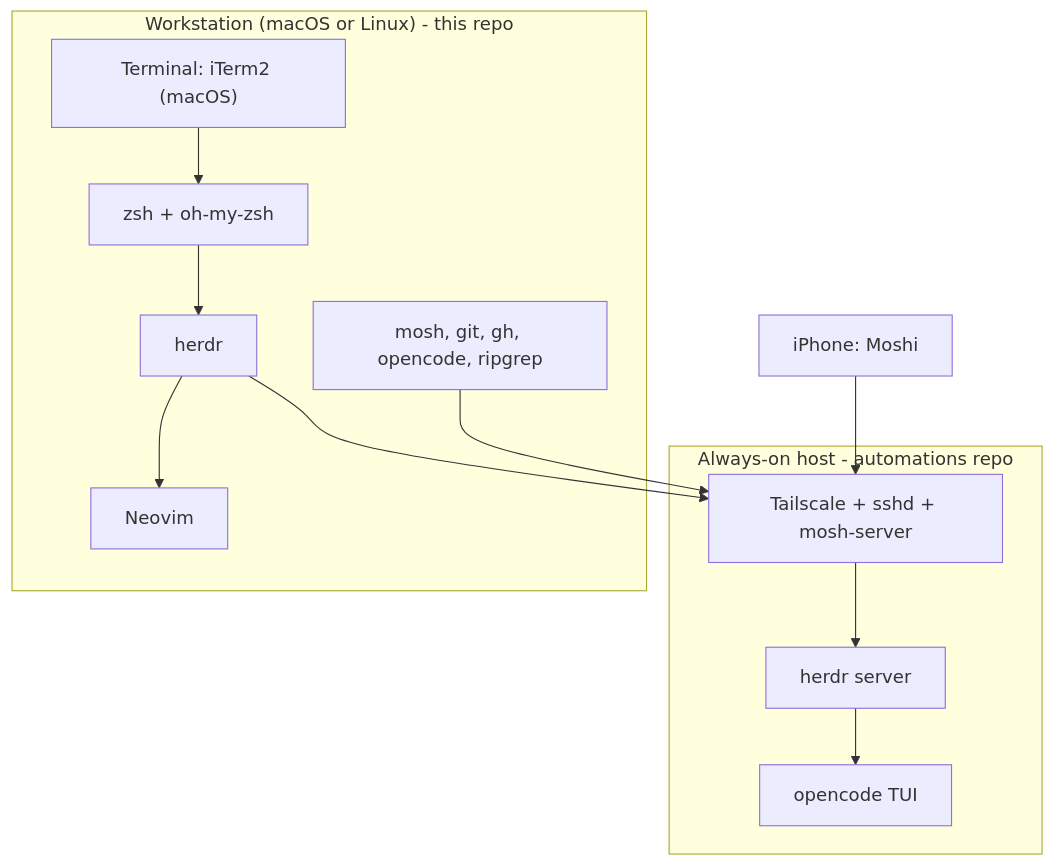
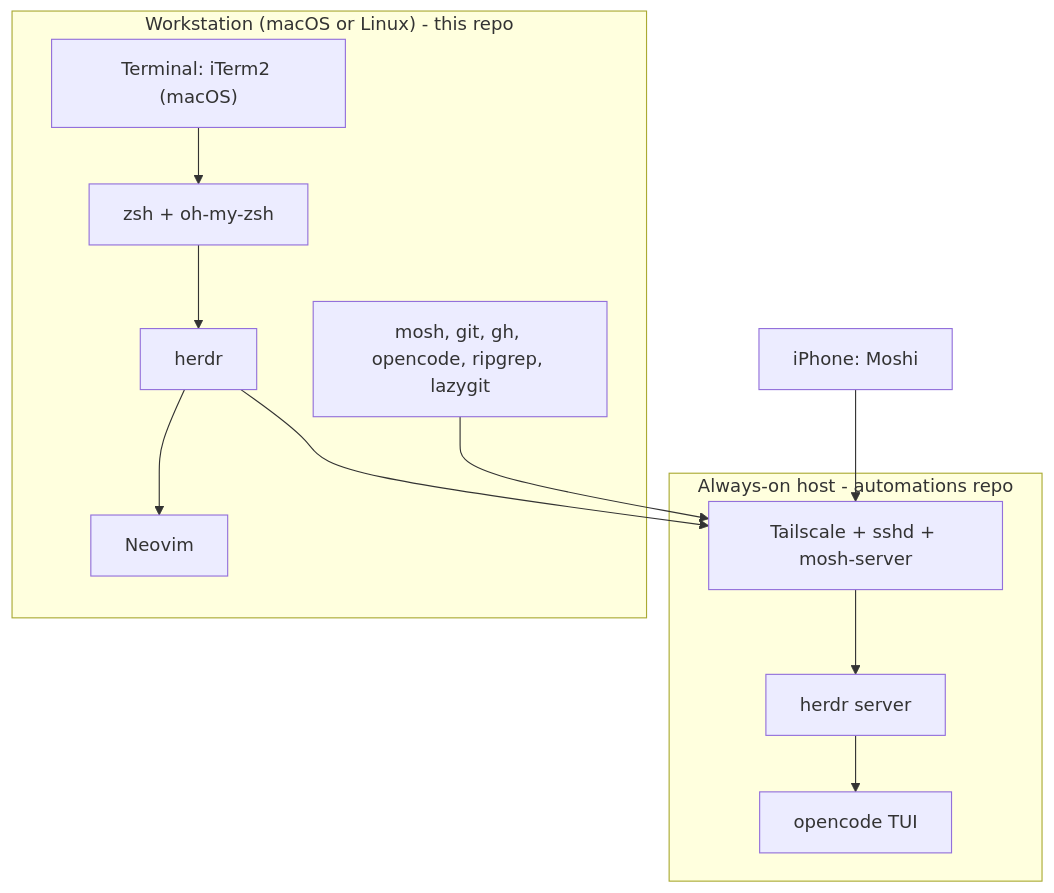
The diagram in docs/architecture.md (jkamenik/tui-ide), drawn with Mermaid before and after one commit. The commit also changed other lines of this file and 9 other files, not shown here.

````diff
--- a/docs/architecture.md
+++ b/docs/architecture.md
@@ -21,26 +21,26 @@
 ```mermaid
 flowchart TB
     subgraph Workstation["Workstation (macOS or Linux) - this repo"]
         Term["Terminal: iTerm2 (macOS)"]
         Shell["zsh + oh-my-zsh"]
         Mux["herdr"]
         Edit["Neovim"]
-        Tools["mosh, git, gh, opencode, ripgrep"]
+        Tools["mosh, git, gh, opencode, ripgrep, lazygit"]
     end
 
     subgraph Remote["Always-on host - automations repo"]
         TSNet["Tailscale + sshd + mosh-server"]
         Hmux["herdr server"]
         Agent["opencode TUI"]
     end
 
     IOS["iPhone: Moshi"]
 
     Term --> Shell --> Mux
     Mux --> Edit
     Mux --> TSNet
     Tools --> TSNet
     IOS --> TSNet
     TSNet --> Hmux
     Hmux --> Agent
 ```
````
